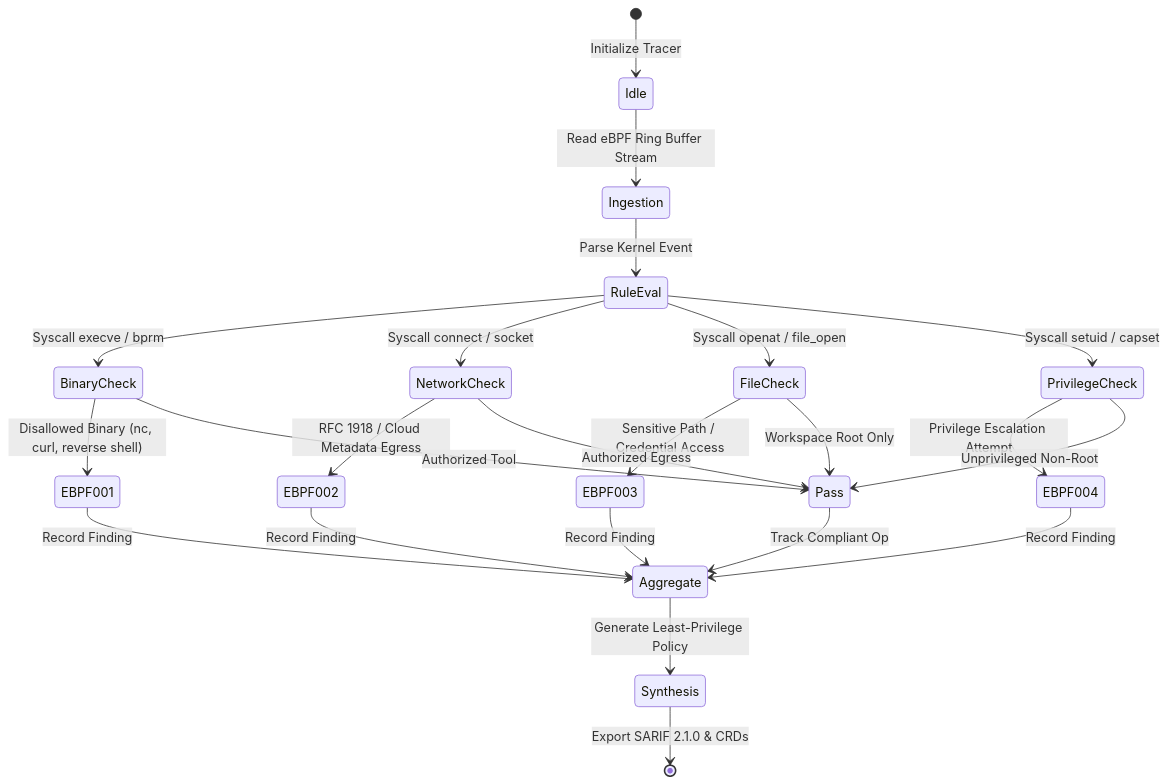
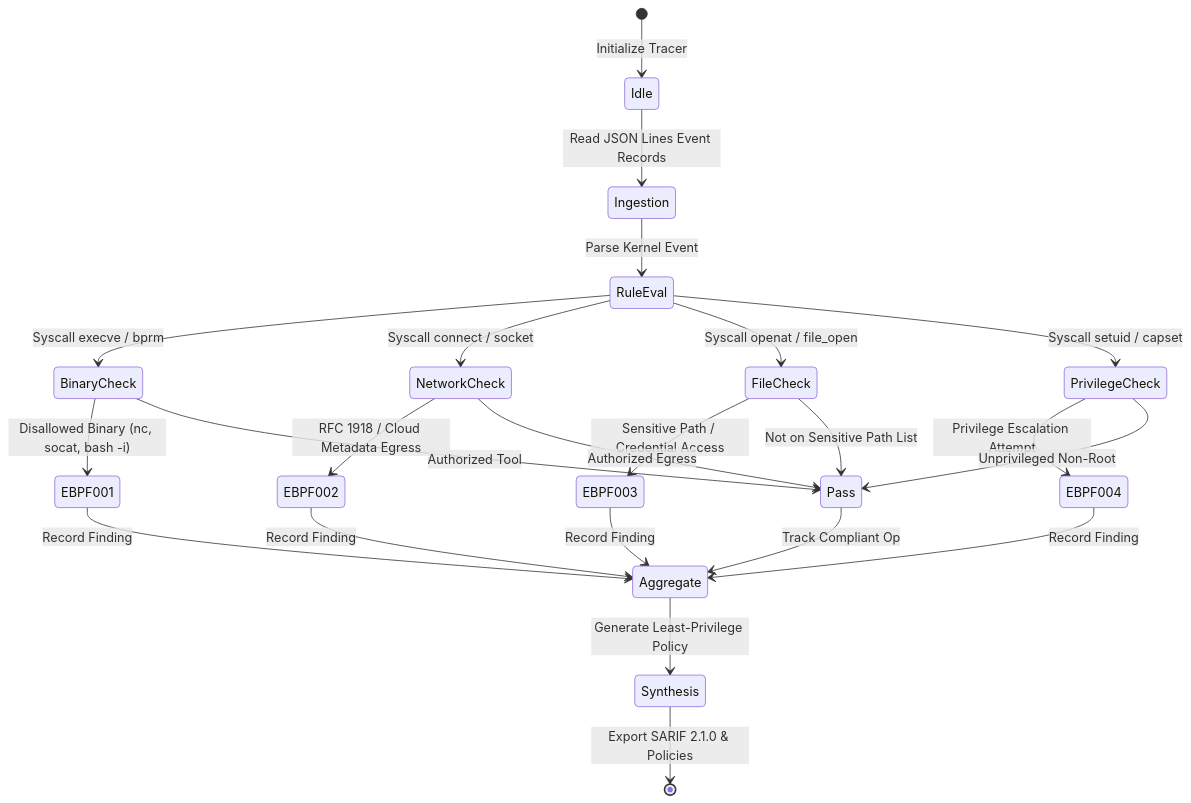
The second of 2 diagrams in observations/systems/24-ebpf-process-tracing-for-agent-sandbox-introspection.md (dan-petty/vibes), drawn with Mermaid before and after one commit. The commit also changed other lines of this file and 248 other files, not shown here.

````diff
--- a/observations/systems/24-ebpf-process-tracing-for-agent-sandbox-introspection.md
+++ b/observations/systems/24-ebpf-process-tracing-for-agent-sandbox-introspection.md
@@ -110,30 +97,30 @@
 ```mermaid
 stateDiagram-v2
     [*] --> Idle: Initialize Tracer
-    Idle --> Ingestion: Read eBPF Ring Buffer Stream
+    Idle --> Ingestion: Read JSON Lines Event Records
     Ingestion --> RuleEval: Parse Kernel Event
 
     RuleEval --> BinaryCheck: Syscall execve / bprm
     RuleEval --> NetworkCheck: Syscall connect / socket
     RuleEval --> FileCheck: Syscall openat / file_open
     RuleEval --> PrivilegeCheck: Syscall setuid / capset
 
-    BinaryCheck --> EBPF001: Disallowed Binary (nc, curl, reverse shell)
+    BinaryCheck --> EBPF001: Disallowed Binary (nc, socat, bash -i)
     NetworkCheck --> EBPF002: RFC 1918 / Cloud Metadata Egress
     FileCheck --> EBPF003: Sensitive Path / Credential Access
     PrivilegeCheck --> EBPF004: Privilege Escalation Attempt
 
     BinaryCheck --> Pass: Authorized Tool
     NetworkCheck --> Pass: Authorized Egress
-    FileCheck --> Pass: Workspace Root Only
+    FileCheck --> Pass: Not on Sensitive Path List
     PrivilegeCheck --> Pass: Unprivileged Non-Root
 
     EBPF001 --> Aggregate: Record Finding
     EBPF002 --> Aggregate: Record Finding
     EBPF003 --> Aggregate: Record Finding
     EBPF004 --> Aggregate: Record Finding
     Pass --> Aggregate: Track Compliant Op
 
     Aggregate --> Synthesis: Generate Least-Privilege Policy
-    Synthesis --> [*]: Export SARIF 2.1.0 & CRDs
+    Synthesis --> [*]: Export SARIF 2.1.0 & Policies
 ```
````
